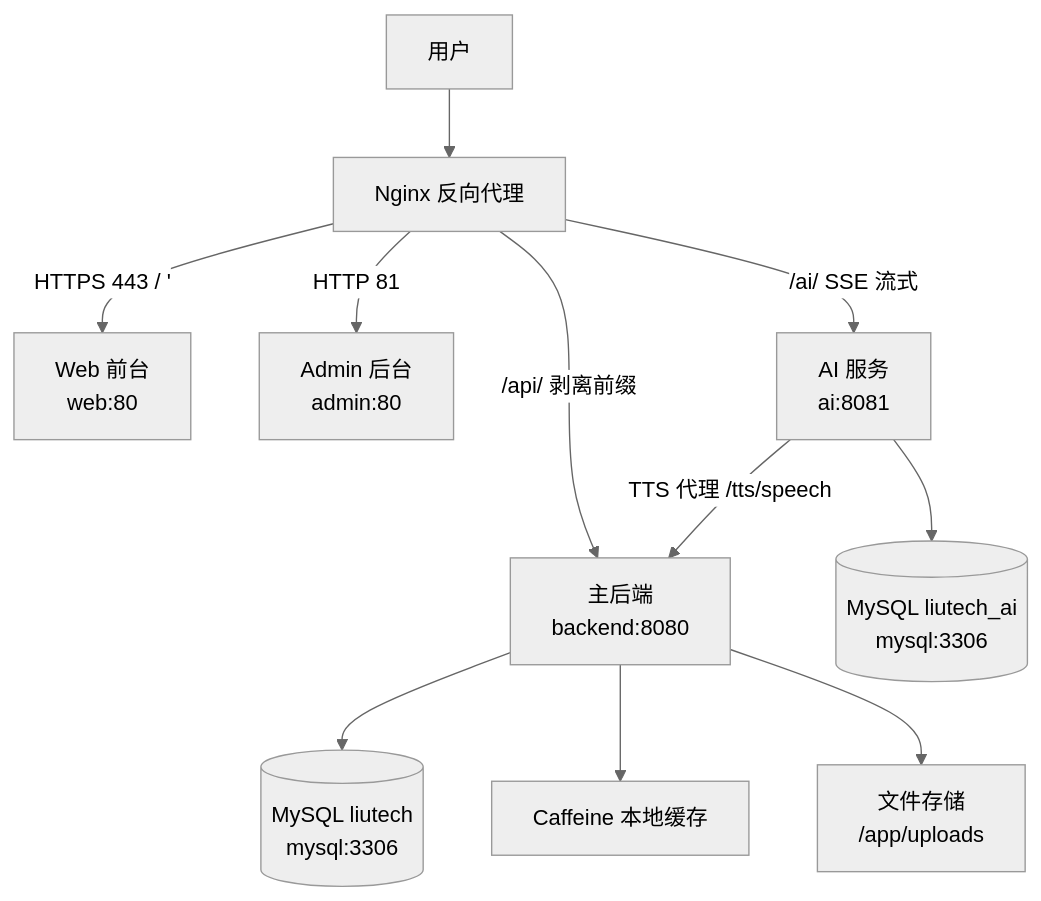
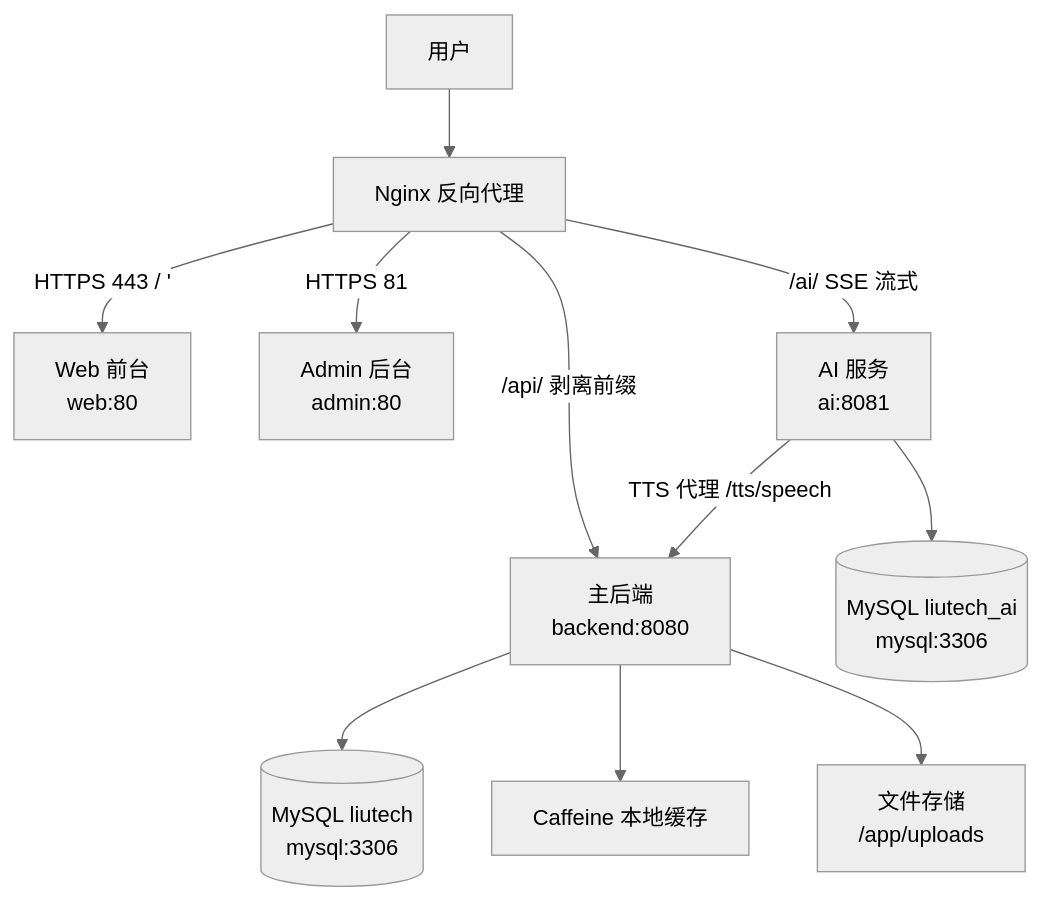
One commit to Liuxin4950/Liutech changed the diagram in README.md. Above: the diagram before and after it, drawn with Mermaid (neutral theme). The commit also changed other lines of this file, not shown here.

First line of the commit message:
docs(readme): 同步 admin 81 端口 SSL 变更与端口收敛说明

````diff
--- a/README.md
+++ b/README.md
@@ -64,13 +64,13 @@
 ```mermaid
 graph TB
     U[用户] --> NX[Nginx 反向代理]
     NX -->|HTTPS 443 / '| WEB[Web 前台<br/>web:80]
-    NX -->|HTTP 81| ADMIN[Admin 后台<br/>admin:80]
+    NX -->|HTTPS 81| ADMIN[Admin 后台<br/>admin:80]
     NX -->|/api/ 剥离前缀| BE[主后端<br/>backend:8080]
     NX -->|/ai/ SSE 流式| AI[AI 服务<br/>ai:8081]
     BE --> DB[(MySQL liutech<br/>mysql:3306)]
     AI --> DB2[(MySQL liutech_ai<br/>mysql:3306)]
     BE --> CC[Caffeine 本地缓存]
     AI -->|TTS 代理 /tts/speech| BE
     BE --> FILES[文件存储<br/>/app/uploads]
 ```
````
